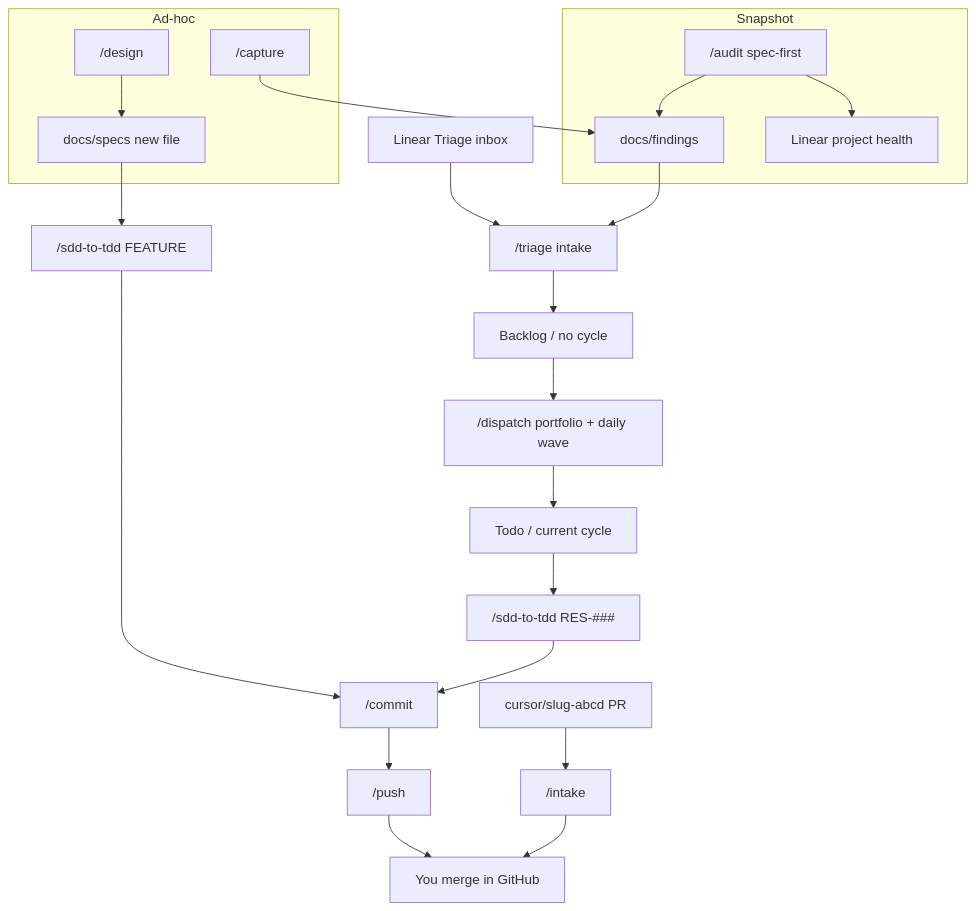
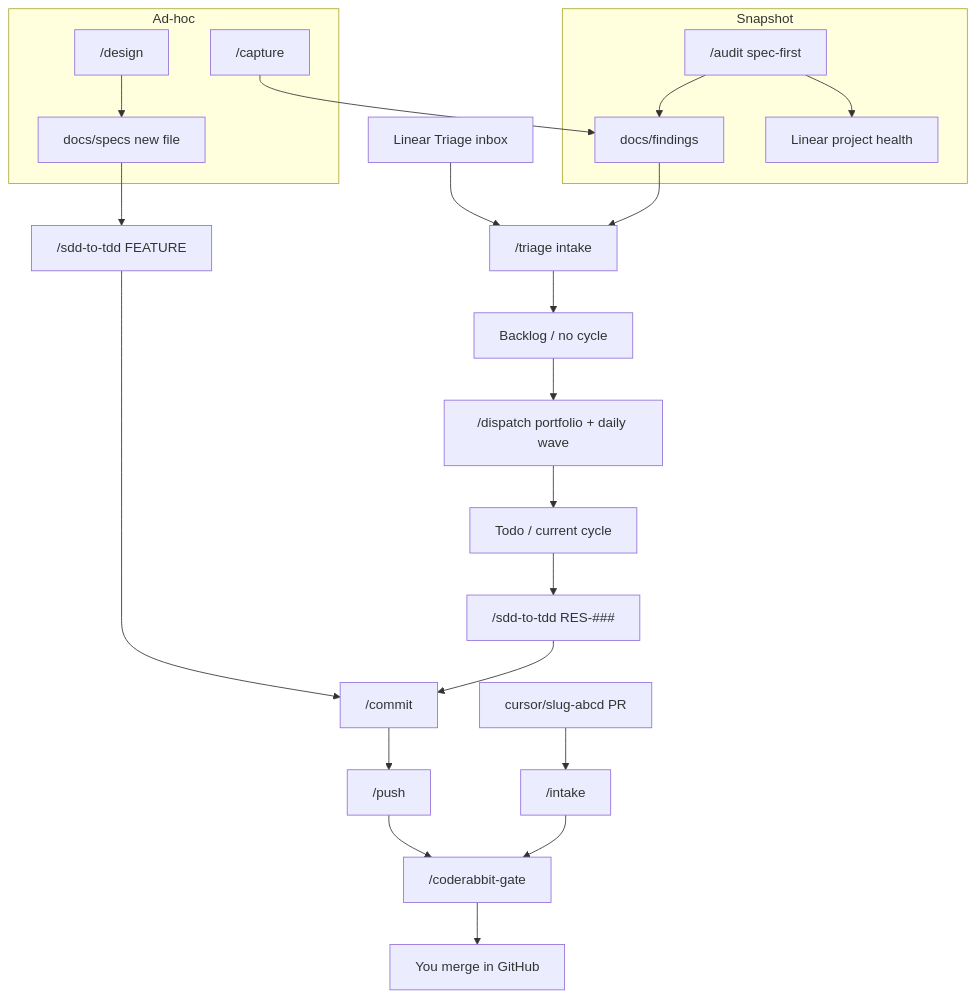
The diagram in .cursor/README.md (ralfcam/restaurant-system), drawn with Mermaid before and after one commit. The commit also changed other lines of this file and 63 other files, not shown here.

````diff
--- a/.cursor/README.md
+++ b/.cursor/README.md
@@ -63,27 +63,28 @@
 ```mermaid
 flowchart TD
   subgraph snapshot [Snapshot]
     Audit["/audit spec-first"]
     Audit --> Ledger["docs/findings"]
     Audit --> ProjectHealth["Linear project health"]
   end
   subgraph adhoc [Ad-hoc]
     Capture["/capture"]
     Design["/design"]
     Capture --> Ledger
     Design --> Spec["docs/specs new file"]
   end
   LinearTriage["Linear Triage inbox"] --> Triage["/triage intake"]
   Ledger --> Triage
   Triage --> Backlog["Backlog / no cycle"]
   Backlog --> Dispatch["/dispatch portfolio + daily wave"]
   Dispatch --> Todo["Todo / current cycle"]
   Spec --> Sdd["/sdd-to-tdd FEATURE"]
   Todo --> Sdd2["/sdd-to-tdd RES-###"]
   Sdd --> Commit["/commit"]
   Sdd2 --> Commit
   Commit --> Push["/push"]
-  Push --> Merge["You merge in GitHub"]
+  Push --> CR["/coderabbit-gate"]
+  CR --> Merge["You merge in GitHub"]
   CloudPR["cursor/slug-abcd PR"] --> Intake["/intake"]
-  Intake --> Merge
+  Intake --> CR
 ```
````
